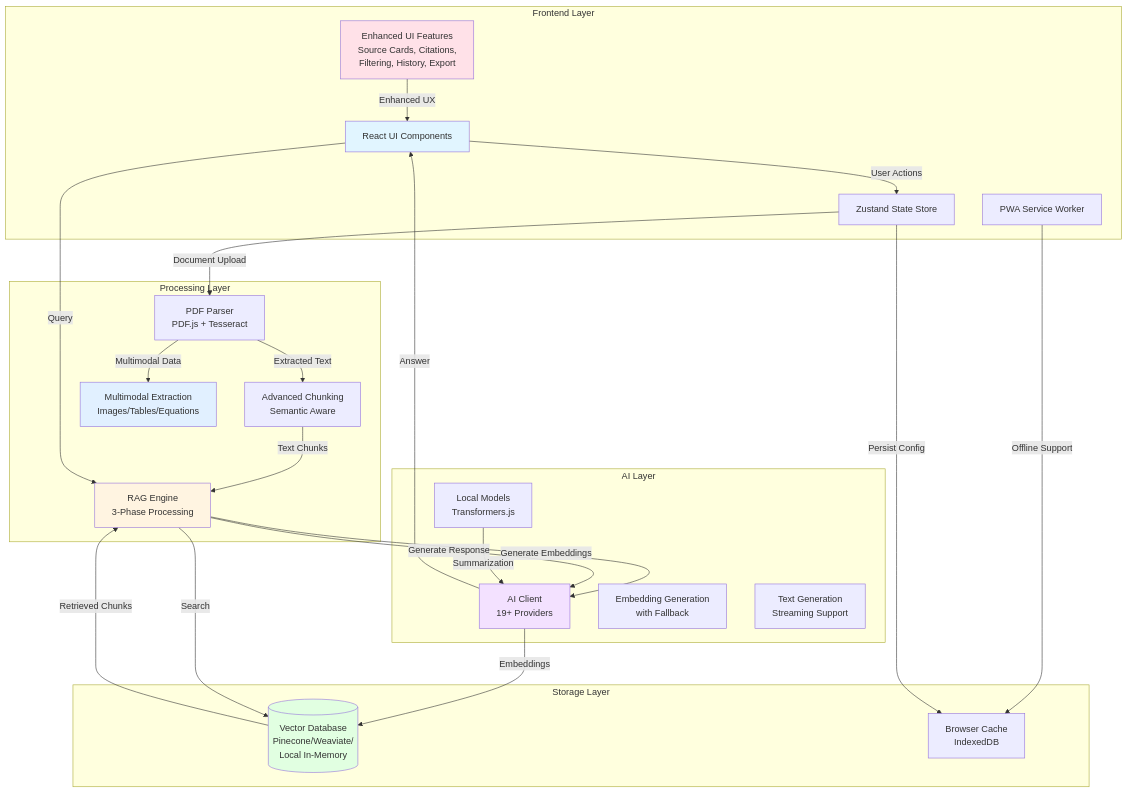
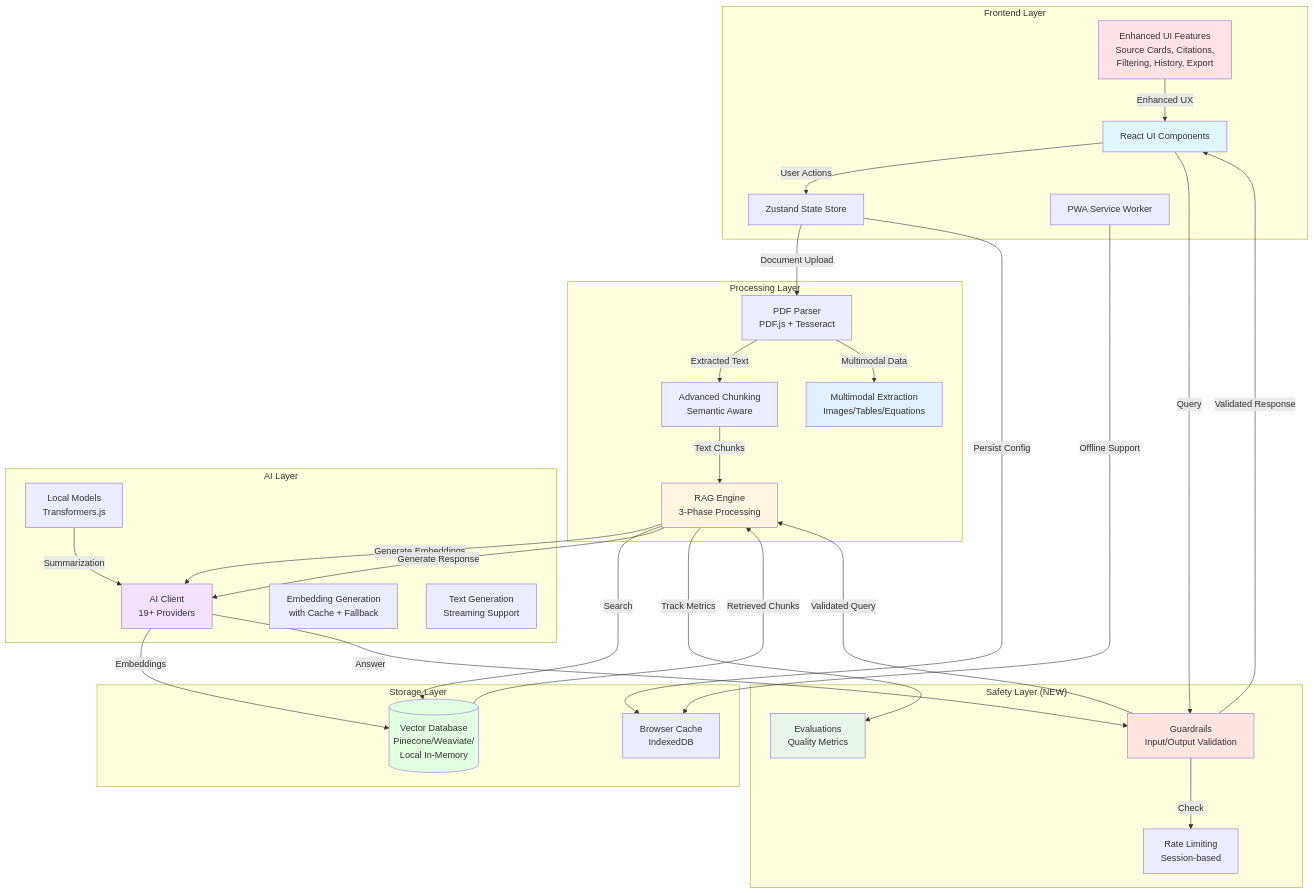
Before and after one commit to Kedhareswer/QuantumPDF_ChatApp_VectorDB: the first of 14 diagrams in docs/ARCHITECTURE_FLOWS.md, drawn with Mermaid. The commit also changed other lines of this file and 26 other files, not shown here.

````diff
--- a/docs/ARCHITECTURE_FLOWS.md
+++ b/docs/ARCHITECTURE_FLOWS.md
@@ -22,52 +22,64 @@
 ```mermaid
 graph TB
     subgraph "Frontend Layer"
         UI[React UI Components]
         STATE[Zustand State Store]
         PWA[PWA Service Worker]
         UI_FEATURES[Enhanced UI Features<br/>Source Cards, Citations,<br/>Filtering, History, Export]
     end
 
     subgraph "Processing Layer"
         PDF[PDF Parser<br/>PDF.js + Tesseract]
         RAG[RAG Engine<br/>3-Phase Processing]
         CHUNK[Advanced Chunking<br/>Semantic Aware]
         MULTI[Multimodal Extraction<br/>Images/Tables/Equations]
     end
 
     subgraph "AI Layer"
         AI[AI Client<br/>19+ Providers]
-        EMB[Embedding Generation<br/>with Fallback]
+        EMB[Embedding Generation<br/>with Cache + Fallback]
         TEXT[Text Generation<br/>Streaming Support]
         LOCAL[Local Models<br/>Transformers.js]
+    end
+
+    subgraph "Safety Layer (NEW)"
+        GUARD[Guardrails<br/>Input/Output Validation]
+        RATE[Rate Limiting<br/>Session-based]
+        EVAL[Evaluations<br/>Quality Metrics]
     end
 
     subgraph "Storage Layer"
         VDB[(Vector Database<br/>Pinecone/Weaviate/<br/>Local In-Memory)]
         CACHE[Browser Cache<br/>IndexedDB]
     end
 
     UI -->|User Actions| STATE
     UI_FEATURES -->|Enhanced UX| UI
     STATE -->|Document Upload| PDF
     PDF -->|Extracted Text| CHUNK
     PDF -->|Multimodal Data| MULTI
     CHUNK -->|Text Chunks| RAG
     RAG -->|Generate Embeddings| AI
     AI -->|Embeddings| VDB
-    UI -->|Query| RAG
+    UI -->|Query| GUARD
+    GUARD -->|Validated Query| RAG
+    GUARD -->|Check| RATE
     RAG -->|Search| VDB
     VDB -->|Retrieved Chunks| RAG
     RAG -->|Generate Response| AI
-    AI -->|Answer| UI
+    AI -->|Answer| GUARD
+    GUARD -->|Validated Response| UI
+    RAG -->|Track Metrics| EVAL
     PWA -->|Offline Support| CACHE
     STATE -->|Persist Config| CACHE
     LOCAL -->|Summarization| AI
 
     style UI fill:#e1f5ff
     style RAG fill:#fff4e1
     style AI fill:#f3e1ff
     style VDB fill:#e1ffe1
     style UI_FEATURES fill:#ffe1e8
     style MULTI fill:#e1f0ff
+    style GUARD fill:#ffe4e1
+    style EVAL fill:#e8f5e9
 ```
````
